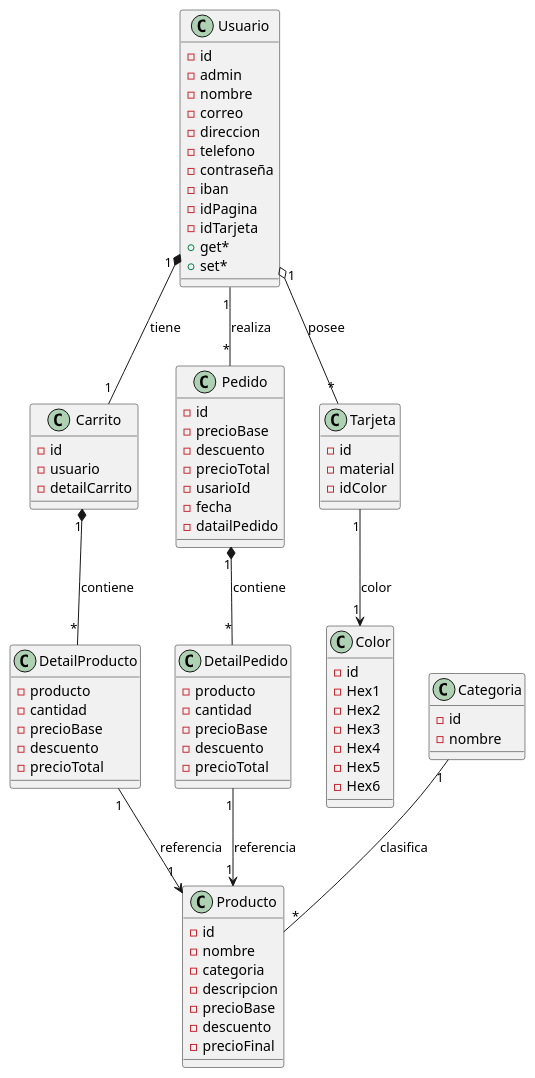
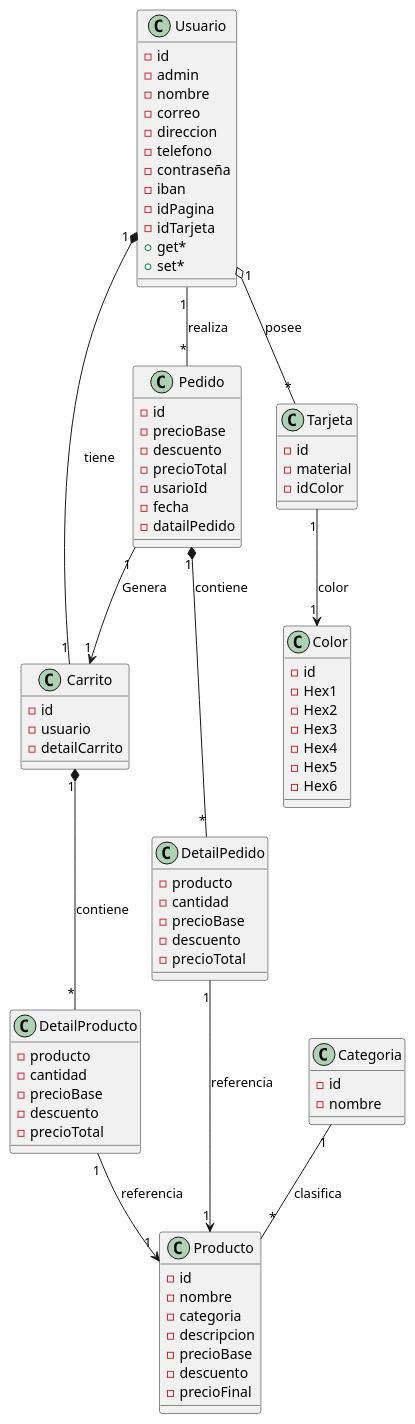
Before and after one commit to tagMeDAW/tienda-back: the diagram in src/documents/.puml, drawn with PlantUML.

Commit message:
mas relaciones

```diff
--- a/src/documents/.puml
+++ b/src/documents/.puml
@@ -1,93 +1,94 @@
 @startuml
 
 class Usuario{
     -id
     -admin
     -nombre
     -correo
     -direccion
     -telefono
     -contraseña
     -iban
     -idPagina
     -idTarjeta
     +get*
     +set*
 }
 
 class Producto{
    -id
    -nombre
    -categoria
    -descripcion
    -precioBase
    -descuento
    -precioFinal
 }
 
 class Carrito{
     -id
     -usuario
     -detailCarrito
 }
 
 class DetailProducto{
     -producto
     -cantidad
     -precioBase
     -descuento
     -precioTotal
 }
 
 class Pedido{
     -id
     -precioBase
     -descuento
     -precioTotal
     -usarioId
     -fecha
     -datailPedido
 }
 
 class DetailPedido{
     -producto
     -cantidad
     -precioBase
     -descuento
     -precioTotal
 }
 
 class Color {
     -id
     -Hex1
     -Hex2
     -Hex3
     -Hex4
     -Hex5
     -Hex6
 }
 class Tarjeta {
     -id
     -material
     -idColor
 }
 class Categoria{
     -id
     -nombre
 }
 ' Relaciones entre entidades
 Usuario "1" *-- "1" Carrito : tiene
 Carrito "1" *-- "*" DetailProducto : contiene
 DetailProducto "1" --> "1" Producto : referencia
 Usuario "1" -- "*" Pedido : realiza
 Pedido "1" *-- "*" DetailPedido : contiene
 DetailPedido "1" --> "1" Producto : referencia
 Usuario "1" o-- "*" Tarjeta : posee
 Tarjeta "1" --> "1" Color : color
 Categoria "1" -- "*" Producto : clasifica
+Pedido "1" --> "1" Carrito:Genera
 
 
 
 
 
 @enduml
```
